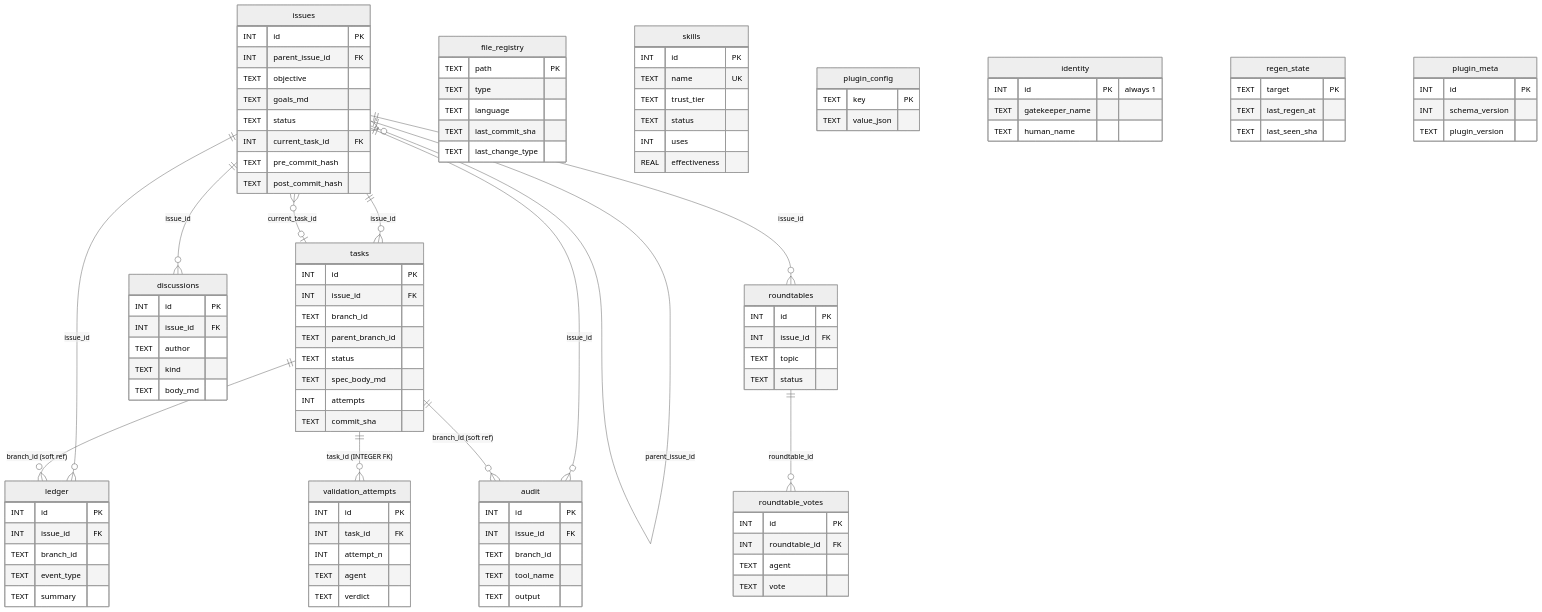
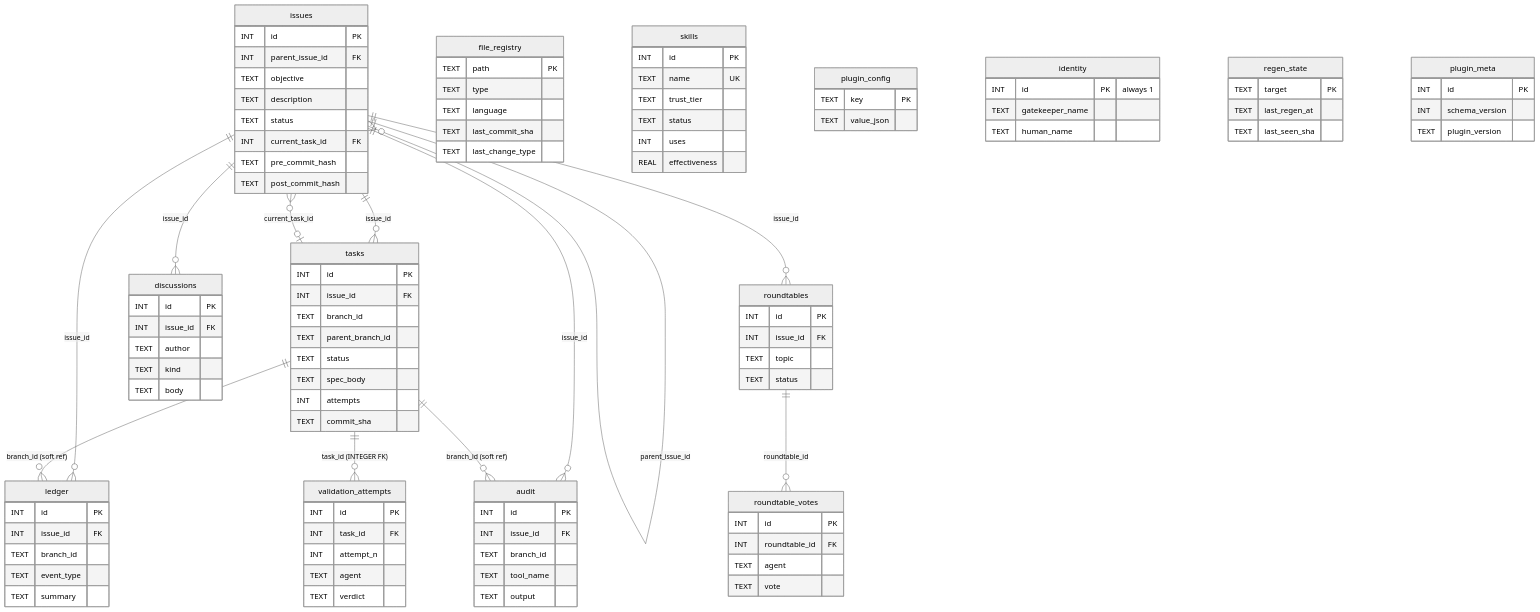
Before and after one commit to trustmybot/plugin: the diagram in docs/architecture/ERD.md, drawn with Mermaid (neutral theme). The commit also changed other lines of this file and 30 other files, not shown here.

```diff
--- a/docs/architecture/ERD.md
+++ b/docs/architecture/ERD.md
@@ -73,7 +73,7 @@
         INT  id PK
         INT  parent_issue_id FK
         TEXT objective
-        TEXT goals_md
+        TEXT description
         TEXT status
         INT  current_task_id FK
         TEXT pre_commit_hash
@@ -86,7 +86,7 @@
         TEXT branch_id
         TEXT parent_branch_id
         TEXT status
-        TEXT spec_body_md
+        TEXT spec_body
         INT  attempts
         TEXT commit_sha
     }
@@ -120,7 +120,7 @@
         INT  issue_id FK
         TEXT author
         TEXT kind
-        TEXT body_md
+        TEXT body
     }
 
     roundtables {
```
